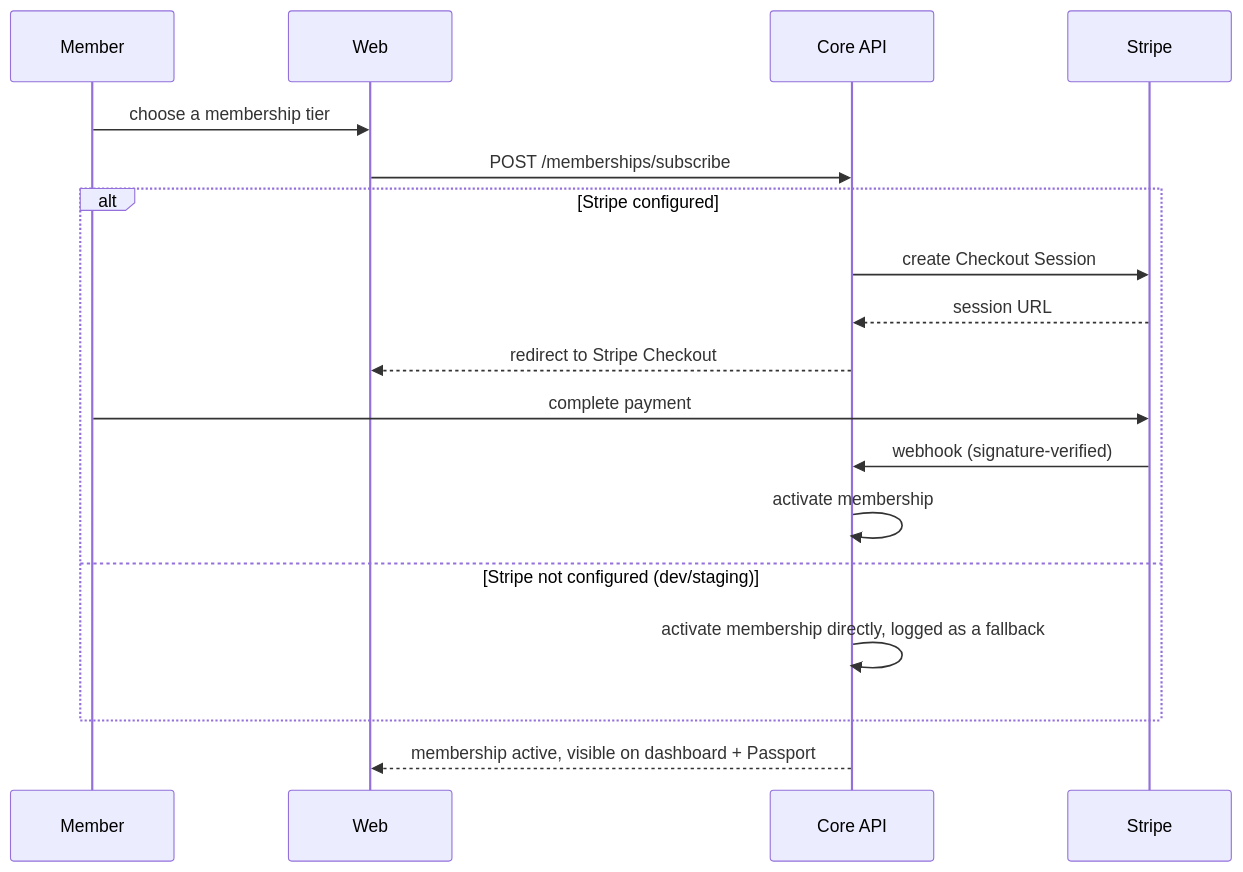
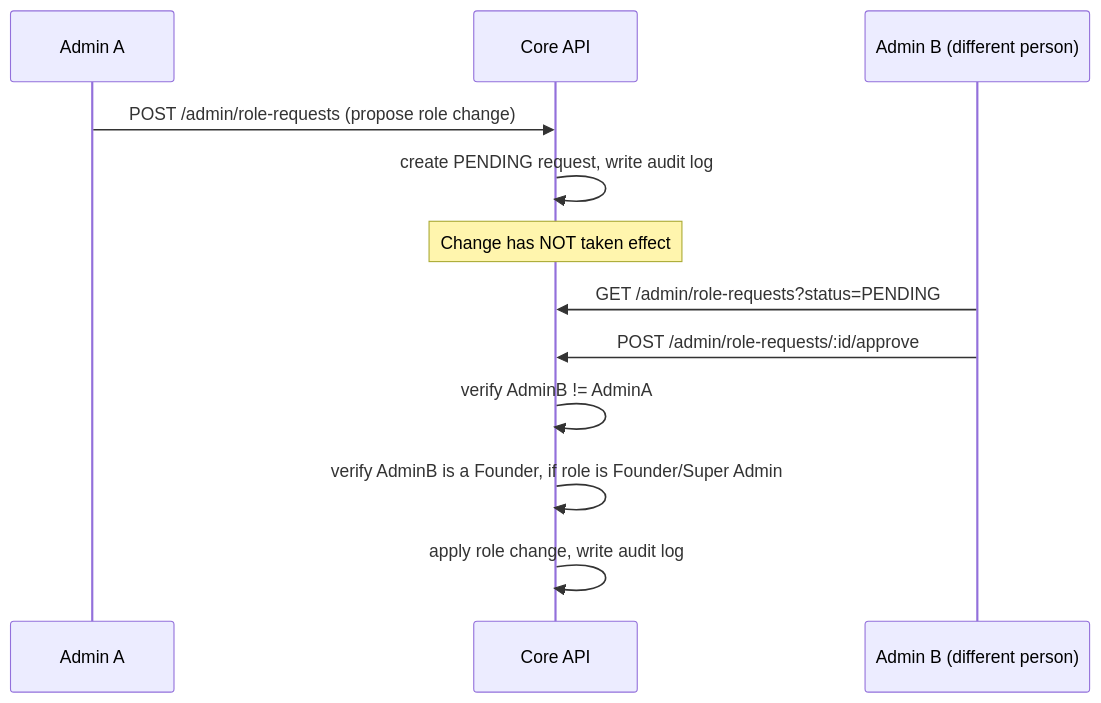
One commit to sufyanmughal/NDY-HUB changed the third of 3 diagrams in README.md. Above: the diagram before and after it, drawn with Mermaid. The commit also changed other lines of this file, not shown here.

First line of the commit message:
Rewrite README to match the current system, not the pre-Vercel one

````diff
--- a/README.md
+++ b/README.md
@@ -148,21 +172,16 @@
 ```mermaid
 sequenceDiagram
-    participant Member
-    participant Web
+    participant AdminA as Admin A
     participant API as Core API
-    participant Stripe
+    participant AdminB as Admin B (different person)
 
-    Member->>Web: choose a membership tier
-    Web->>API: POST /memberships/subscribe
-    alt Stripe configured
-        API->>Stripe: create Checkout Session
-        Stripe-->>API: session URL
-        API-->>Web: redirect to Stripe Checkout
-        Member->>Stripe: complete payment
-        Stripe->>API: webhook (signature-verified)
-        API->>API: activate membership
-    else Stripe not configured (dev/staging)
-        API->>API: activate membership directly, logged as a fallback
-    end
-    API-->>Web: membership active, visible on dashboard + Passport
+    AdminA->>API: POST /admin/role-requests (propose role change)
+    API->>API: create PENDING request, write audit log
+    Note over API: Change has NOT taken effect
+
+    AdminB->>API: GET /admin/role-requests?status=PENDING
+    AdminB->>API: POST /admin/role-requests/:id/approve
+    API->>API: verify AdminB != AdminA
+    API->>API: verify AdminB is a Founder, if role is Founder/Super Admin
+    API->>API: apply role change, write audit log
 ```
````
